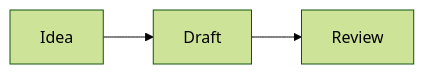
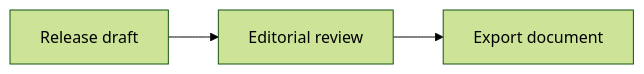
Before and after one commit to lyonbrown4d/marklab: the diagram in resources/workspace-guide/en-US/User Guide/06-More-Tools.md, drawn with Mermaid (forest theme). The commit also changed other lines of this file and 17 other files, not shown here.

````diff
--- a/resources/workspace-guide/en-US/User Guide/06-More-Tools.md
+++ b/resources/workspace-guide/en-US/User Guide/06-More-Tools.md
@@ -16,5 +12,5 @@
 ```mermaid
 flowchart LR
-    Idea[Idea] --> Draft[Draft]
-    Draft --> Review[Review]
+    Draft[Release draft] --> Review[Editorial review]
+    Review --> Export[Export document]
 ```
````
